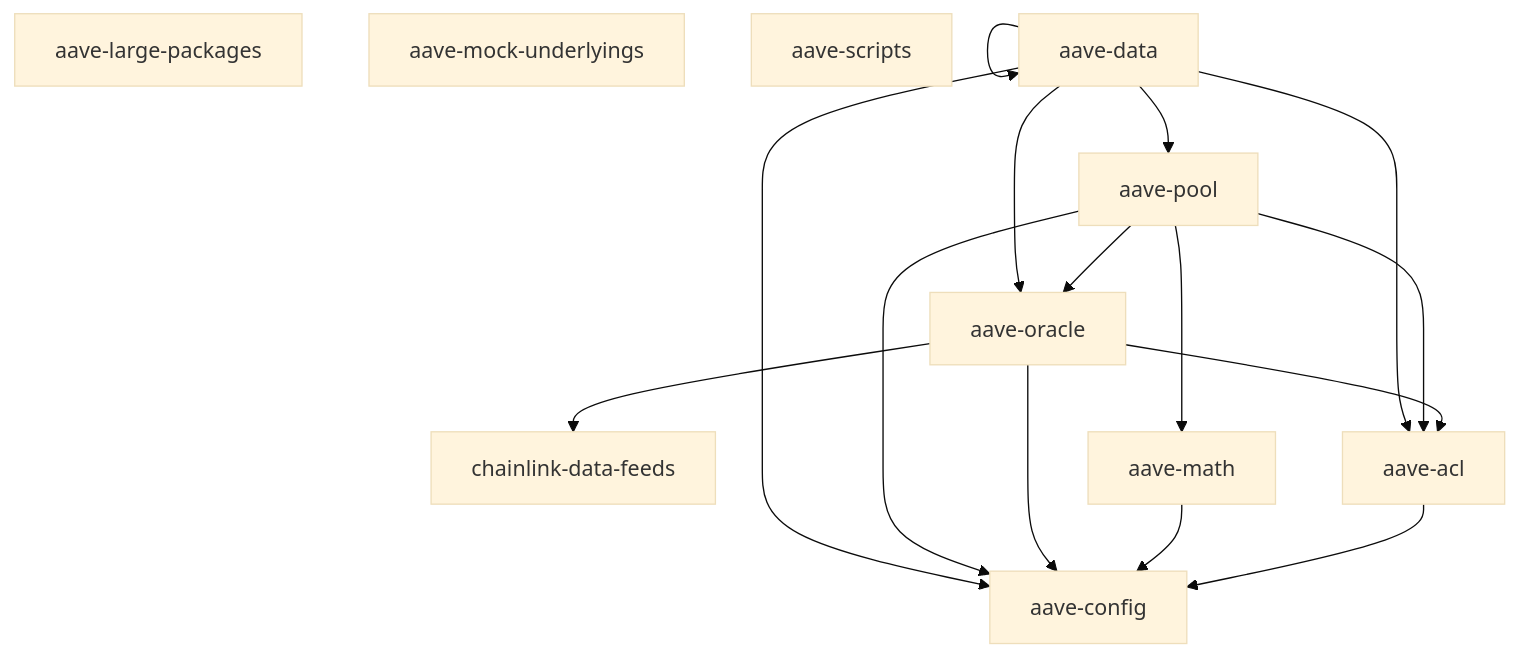
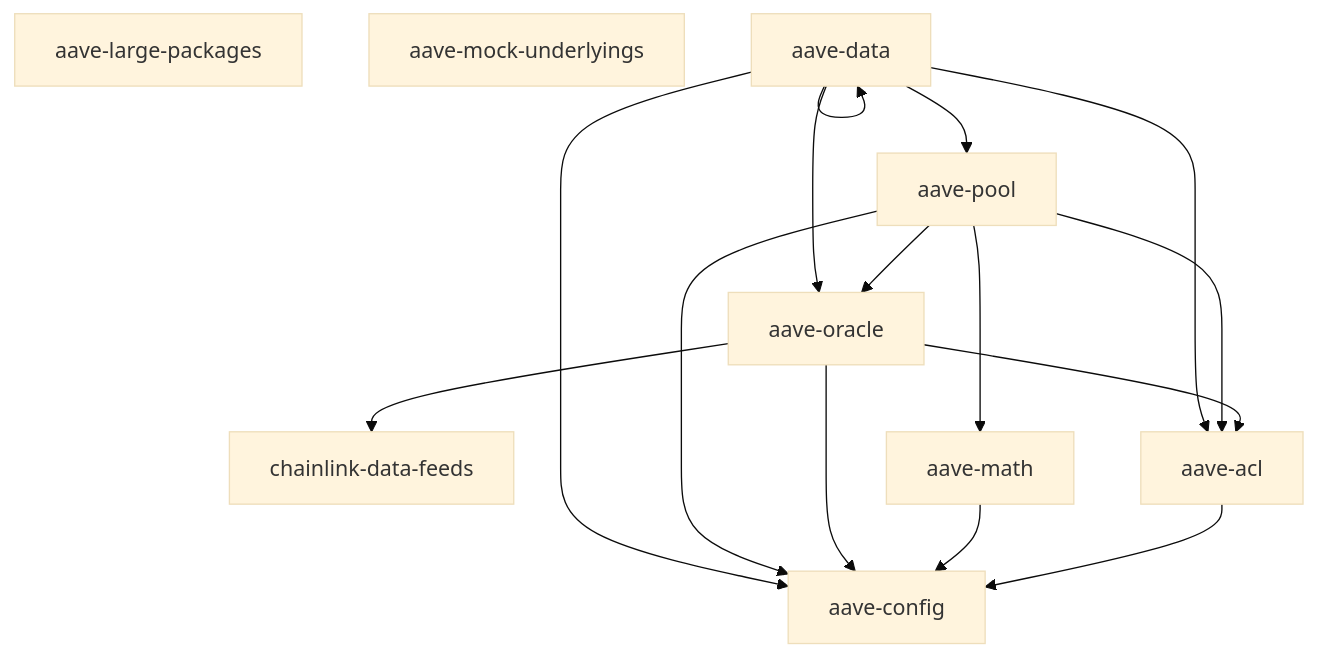
The diagram in README.md (aave/aptos-aave-v3), drawn with Mermaid (base theme) before and after one commit. The commit also changed other lines of this file and 6 other files, not shown here.

````diff
--- a/README.md
+++ b/README.md
@@ -47,32 +46,31 @@
 ```mermaid
 flowchart TD
 
   %% Level 1
   aave-config
   chainlink-data-feeds
   aave-large-packages
   aave-mock-underlyings
-  aave-scripts
 
   %% Level 2
   aave-acl --> aave-config
   aave-math --> aave-config
 
   %% Level 3
   aave-oracle --> aave-config
   aave-oracle --> aave-acl
   aave-oracle --> chainlink-data-feeds
 
   %% Level 4
   aave-pool --> aave-acl
   aave-pool --> aave-config
   aave-pool --> aave-math
   aave-pool --> aave-oracle
 
   %% Level 5
   aave-data --> aave-acl
   aave-data --> aave-config
   aave-data --> aave-oracle
   aave-data --> aave-data
   aave-data --> aave-pool
 ```
````
